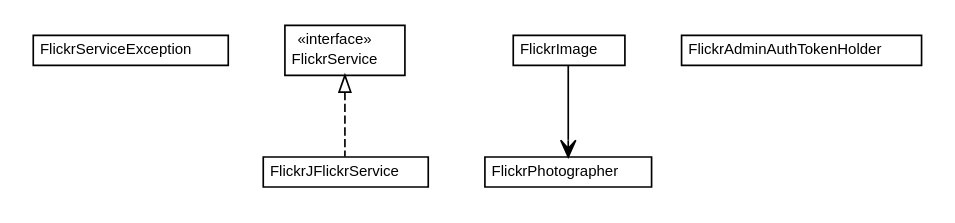
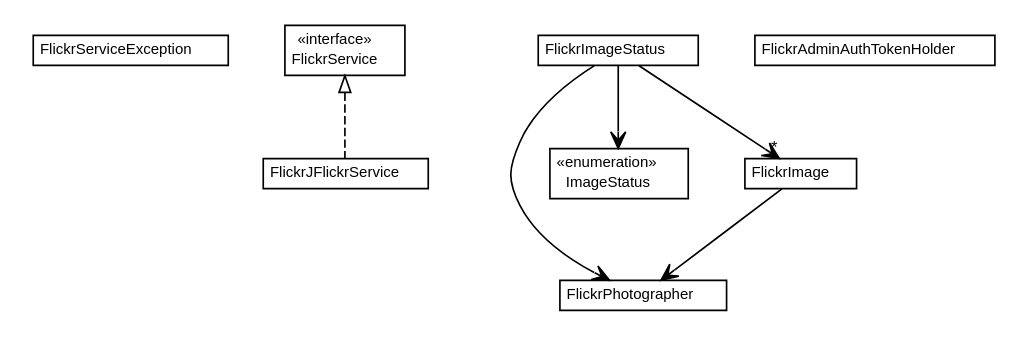
One commit to chrissearle/twphch changed the diagram in apidocs/net/chrissearle/flickrvote/flickr/net.chrissearle.flickrvote.flickr.dot. Above: the diagram before and after it, drawn with Graphviz. The commit also changed 603 other files, not shown here.

```diff
--- a/apidocs/net/chrissearle/flickrvote/flickr/net.chrissearle.flickrvote.flickr.dot
+++ b/apidocs/net/chrissearle/flickrvote/flickr/net.chrissearle.flickrvote.flickr.dot
@@ -1,51 +1,70 @@
 #!/usr/local/bin/dot
 #
 # Class diagram 
 # Generated by UmlGraph version 4.6 (http://www.spinellis.gr/sw/umlgraph)
 #
 
 digraph G {
 	edge [fontname="Helvetica",fontsize=10,labelfontname="Helvetica",labelfontsize=10];
 	node [fontname="Helvetica",fontsize=10,shape=plaintext];
 	// net.chrissearle.flickrvote.flickr.FlickrServiceException
-	c106 [label=<<table border="0" cellborder="1" cellspacing="0" cellpadding="2" port="p" href="./FlickrServiceException.html">
+	c112 [label=<<table border="0" cellborder="1" cellspacing="0" cellpadding="2" port="p" href="./FlickrServiceException.html">
 		<tr><td><table border="0" cellspacing="0" cellpadding="1">
 			<tr><td> FlickrServiceException </td></tr>
 		</table></td></tr>
 		</table>>, fontname="Helvetica", fontcolor="black", fontsize=9.0];
 	// net.chrissearle.flickrvote.flickr.FlickrService
-	c107 [label=<<table border="0" cellborder="1" cellspacing="0" cellpadding="2" port="p" href="./FlickrService.html">
+	c113 [label=<<table border="0" cellborder="1" cellspacing="0" cellpadding="2" port="p" href="./FlickrService.html">
 		<tr><td><table border="0" cellspacing="0" cellpadding="1">
 			<tr><td> &laquo;interface&raquo; </td></tr>
 			<tr><td> FlickrService </td></tr>
 		</table></td></tr>
 		</table>>, fontname="Helvetica", fontcolor="black", fontsize=9.0];
 	// net.chrissearle.flickrvote.flickr.FlickrPhotographer
-	c108 [label=<<table border="0" cellborder="1" cellspacing="0" cellpadding="2" port="p" href="./FlickrPhotographer.html">
+	c114 [label=<<table border="0" cellborder="1" cellspacing="0" cellpadding="2" port="p" href="./FlickrPhotographer.html">
 		<tr><td><table border="0" cellspacing="0" cellpadding="1">
 			<tr><td> FlickrPhotographer </td></tr>
 		</table></td></tr>
 		</table>>, fontname="Helvetica", fontcolor="black", fontsize=9.0];
 	// net.chrissearle.flickrvote.flickr.FlickrJFlickrService
-	c109 [label=<<table border="0" cellborder="1" cellspacing="0" cellpadding="2" port="p" href="./FlickrJFlickrService.html">
+	c115 [label=<<table border="0" cellborder="1" cellspacing="0" cellpadding="2" port="p" href="./FlickrJFlickrService.html">
 		<tr><td><table border="0" cellspacing="0" cellpadding="1">
 			<tr><td> FlickrJFlickrService </td></tr>
 		</table></td></tr>
 		</table>>, fontname="Helvetica", fontcolor="black", fontsize=9.0];
+	// net.chrissearle.flickrvote.flickr.FlickrImageStatus
+	c116 [label=<<table border="0" cellborder="1" cellspacing="0" cellpadding="2" port="p" href="./FlickrImageStatus.html">
+		<tr><td><table border="0" cellspacing="0" cellpadding="1">
+			<tr><td> FlickrImageStatus </td></tr>
+		</table></td></tr>
+		</table>>, fontname="Helvetica", fontcolor="black", fontsize=9.0];
+	// net.chrissearle.flickrvote.flickr.FlickrImageStatus.ImageStatus
+	c117 [label=<<table border="0" cellborder="1" cellspacing="0" cellpadding="2" port="p" href="./FlickrImageStatus.ImageStatus.html">
+		<tr><td><table border="0" cellspacing="0" cellpadding="1">
+			<tr><td> &laquo;enumeration&raquo; </td></tr>
+			<tr><td> ImageStatus </td></tr>
+		</table></td></tr>
+		</table>>, fontname="Helvetica", fontcolor="black", fontsize=9.0];
 	// net.chrissearle.flickrvote.flickr.FlickrImage
-	c110 [label=<<table border="0" cellborder="1" cellspacing="0" cellpadding="2" port="p" href="./FlickrImage.html">
+	c118 [label=<<table border="0" cellborder="1" cellspacing="0" cellpadding="2" port="p" href="./FlickrImage.html">
 		<tr><td><table border="0" cellspacing="0" cellpadding="1">
 			<tr><td> FlickrImage </td></tr>
 		</table></td></tr>
 		</table>>, fontname="Helvetica", fontcolor="black", fontsize=9.0];
 	// net.chrissearle.flickrvote.flickr.FlickrAdminAuthTokenHolder
-	c111 [label=<<table border="0" cellborder="1" cellspacing="0" cellpadding="2" port="p" href="./FlickrAdminAuthTokenHolder.html">
+	c119 [label=<<table border="0" cellborder="1" cellspacing="0" cellpadding="2" port="p" href="./FlickrAdminAuthTokenHolder.html">
 		<tr><td><table border="0" cellspacing="0" cellpadding="1">
 			<tr><td> FlickrAdminAuthTokenHolder </td></tr>
 		</table></td></tr>
 		</table>>, fontname="Helvetica", fontcolor="black", fontsize=9.0];
 	//net.chrissearle.flickrvote.flickr.FlickrJFlickrService implements net.chrissearle.flickrvote.flickr.FlickrService
-	c107:p -> c109:p [dir=back,arrowtail=empty,style=dashed];
+	c113:p -> c115:p [dir=back,arrowtail=empty,style=dashed];
+	// net.chrissearle.flickrvote.flickr.FlickrImageStatus NAVASSOC net.chrissearle.flickrvote.flickr.FlickrImageStatus.ImageStatus
+	c116:p -> c117:p [taillabel="", label="", headlabel="", fontname="Helvetica", fontcolor="black", fontsize=10.0, color="black", arrowhead=open];
+	// net.chrissearle.flickrvote.flickr.FlickrImageStatus NAVASSOC net.chrissearle.flickrvote.flickr.FlickrPhotographer
+	c116:p -> c114:p [taillabel="", label="", headlabel="", fontname="Helvetica", fontcolor="black", fontsize=10.0, color="black", arrowhead=open];
+	// net.chrissearle.flickrvote.flickr.FlickrImageStatus NAVASSOC net.chrissearle.flickrvote.flickr.FlickrImage
+	c116:p -> c118:p [taillabel="", label="", headlabel="*", fontname="Helvetica", fontcolor="black", fontsize=10.0, color="black", arrowhead=open];
 	// net.chrissearle.flickrvote.flickr.FlickrImage NAVASSOC net.chrissearle.flickrvote.flickr.FlickrPhotographer
-	c110:p -> c108:p [taillabel="", label="", headlabel="", fontname="Helvetica", fontcolor="black", fontsize=10.0, color="black", arrowhead=open];
+	c118:p -> c114:p [taillabel="", label="", headlabel="", fontname="Helvetica", fontcolor="black", fontsize=10.0, color="black", arrowhead=open];
 }
```
